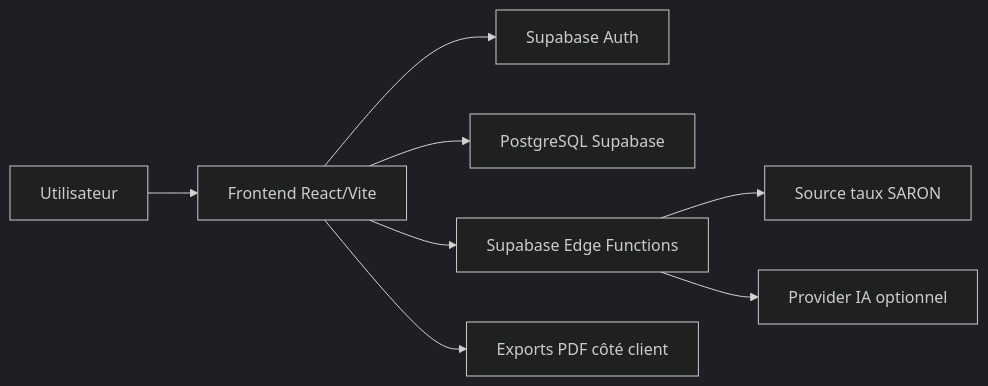
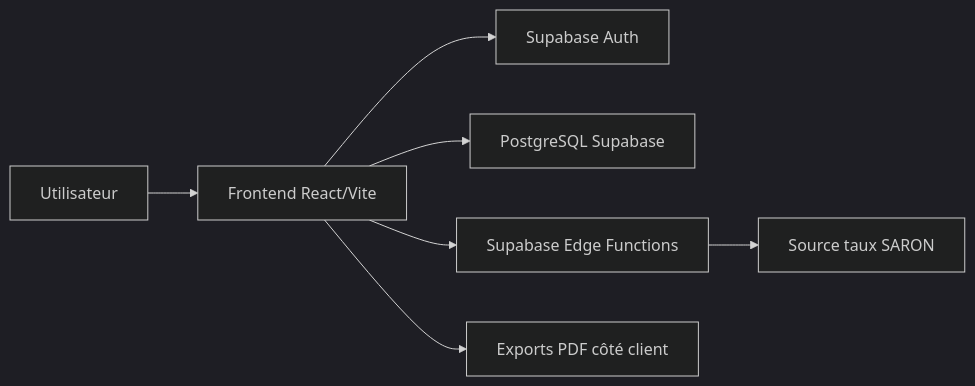
The diagram in docs/ARCHITECTURE.md (SipaAnalyzer/SipaAnalyzer), drawn with Mermaid (dark theme) before and after one commit. The commit also changed 10 other files, not shown here.

````diff
--- a/docs/ARCHITECTURE.md
+++ b/docs/ARCHITECTURE.md
@@ -7,10 +7,9 @@
 ```mermaid
 flowchart LR
   U["Utilisateur"] --> FE["Frontend React/Vite"]
   FE --> AUTH["Supabase Auth"]
   FE --> DB["PostgreSQL Supabase"]
   FE --> FN["Supabase Edge Functions"]
   FN --> SARON["Source taux SARON"]
-  FN --> AI["Provider IA optionnel"]
   FE --> PDF["Exports PDF côté client"]
 ```
````
